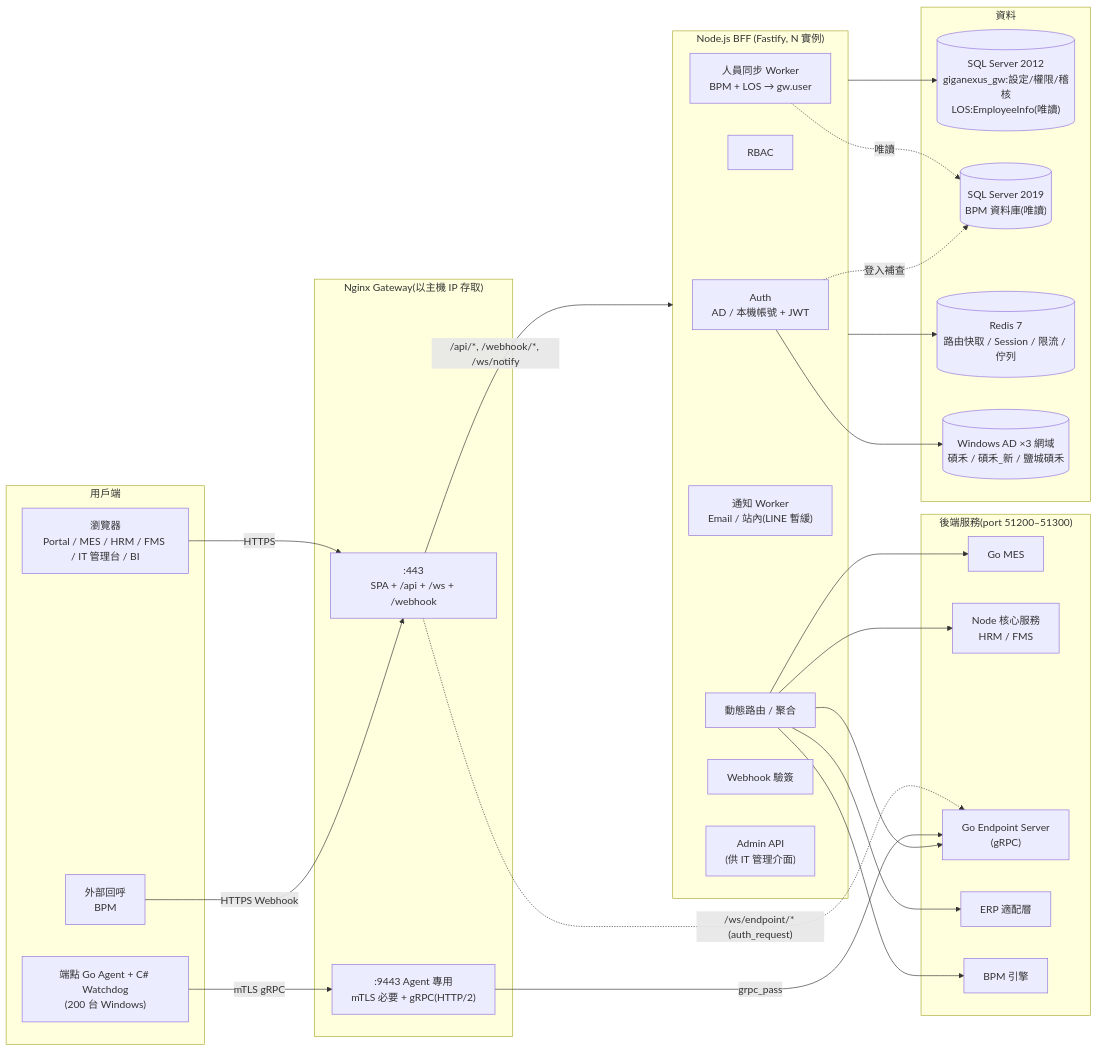
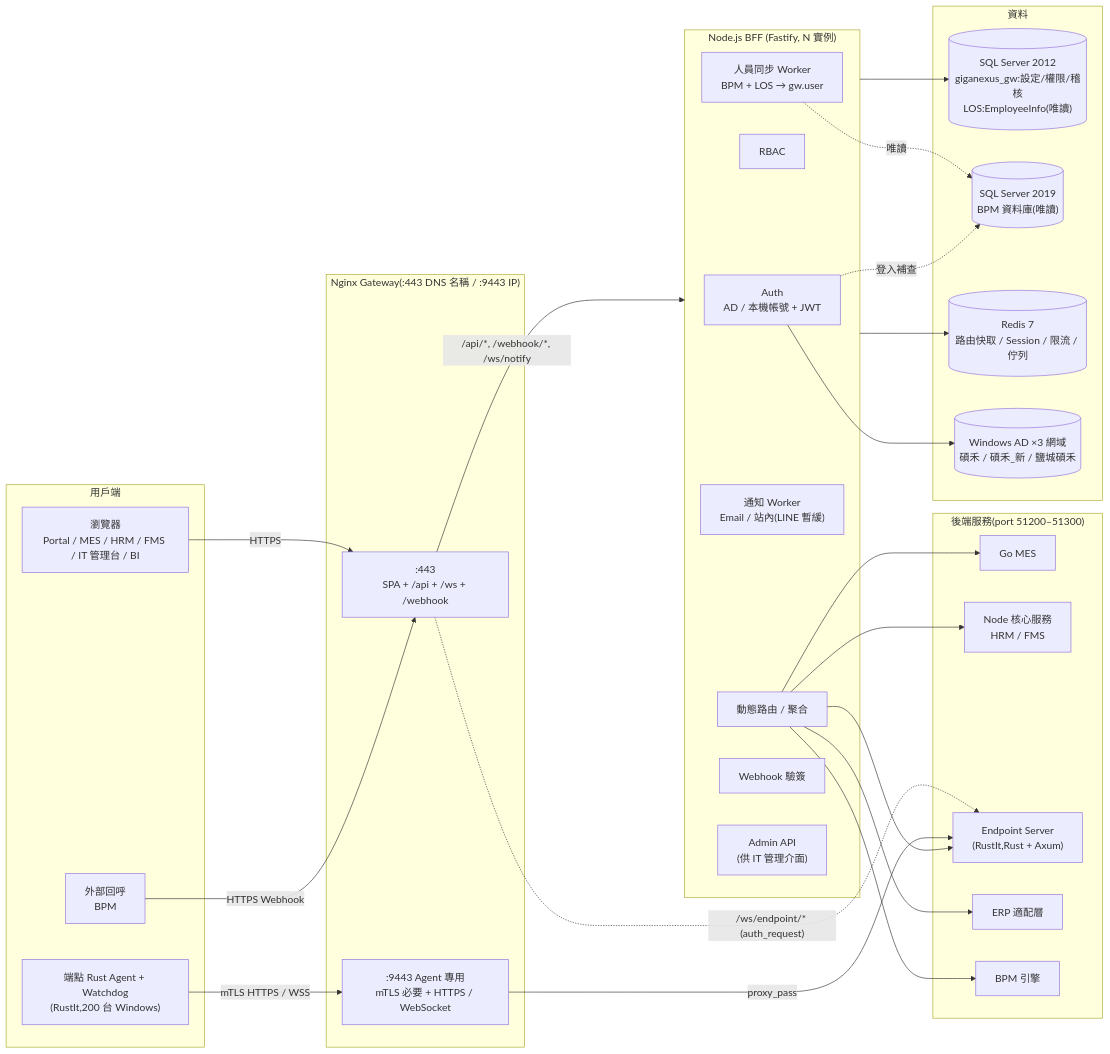
Before and after one commit to WeiWeicode/giga-api-gateway-bff: the diagram in docs/ARCHITECTURE.md, drawn with Mermaid. The commit also changed other lines of this file and 15 other files, not shown here.

First line of the commit message:
docs: Agent 改 Rust + WebSocket、時程以甘特圖為準(PRD v0.9)

````diff
--- a/docs/ARCHITECTURE.md
+++ b/docs/ARCHITECTURE.md
@@ -10,50 +10,50 @@
 ```mermaid
 flowchart LR
     subgraph Clients ["用戶端"]
         B["瀏覽器<br/>Portal / MES / HRM / FMS / IT 管理台 / BI"]
-        A["端點 Go Agent + C# Watchdog<br/>(200 台 Windows)"]
+        A["端點 Rust Agent + Watchdog<br/>(RustIt,200 台 Windows)"]
         X["外部回呼<br/>BPM"]
     end
 
-    subgraph GW ["Nginx Gateway(以主機 IP 存取)"]
+    subgraph GW ["Nginx Gateway(:443 DNS 名稱 / :9443 IP)"]
         N1[":443<br/>SPA + /api + /ws + /webhook"]
-        N2[":9443 Agent 專用<br/>mTLS 必要 + gRPC(HTTP/2)"]
+        N2[":9443 Agent 專用<br/>mTLS 必要 + HTTPS / WebSocket"]
     end
 
     subgraph BFFZ ["Node.js BFF (Fastify, N 實例)"]
         AUTH["Auth<br/>AD / 本機帳號 + JWT"]
         RBAC["RBAC"]
         ROUTER["動態路由 / 聚合"]
         NOTI["通知 Worker<br/>Email / 站內(LINE 暫緩)"]
         SYNC["人員同步 Worker<br/>BPM + LOS → gw.user"]
         WH["Webhook 驗簽"]
         ADM["Admin API<br/>(供 IT 管理介面)"]
     end
 
     subgraph SVC ["後端服務(port 51200–51300)"]
         MES["Go MES"]
         CORE["Node 核心服務<br/>HRM / FMS"]
-        EP["Go Endpoint Server<br/>(gRPC)"]
+        EP["Endpoint Server<br/>(RustIt,Rust + Axum)"]
         ERP["ERP 適配層"]
         BPM["BPM 引擎"]
     end
 
     subgraph DATA ["資料"]
         SQL[("SQL Server 2012<br/>giganexus_gw:設定/權限/稽核<br/>LOS:EmployeeInfo(唯讀)")]
         BPMDB[("SQL Server 2019<br/>BPM 資料庫(唯讀)")]
         R[("Redis 7<br/>路由快取 / Session / 限流 / 佇列")]
         AD[("Windows AD ×3 網域<br/>碩禾 / 碩禾_新 / 鹽城碩禾")]
     end
 
     B -->|HTTPS| N1
-    A -->|mTLS gRPC| N2
+    A -->|mTLS HTTPS / WSS| N2
     X -->|HTTPS Webhook| N1
     N1 -->|"/api/*, /webhook/*, /ws/notify"| BFFZ
     N1 -.->|"/ws/endpoint/* (auth_request)"| EP
-    N2 -->|grpc_pass| EP
+    N2 -->|proxy_pass| EP
     ROUTER --> MES & CORE & ERP & BPM & EP
     AUTH --> AD
     SYNC -.->|唯讀| BPMDB
     AUTH -.->|登入補查| BPMDB
     BFFZ --> SQL & R
 ```
````
